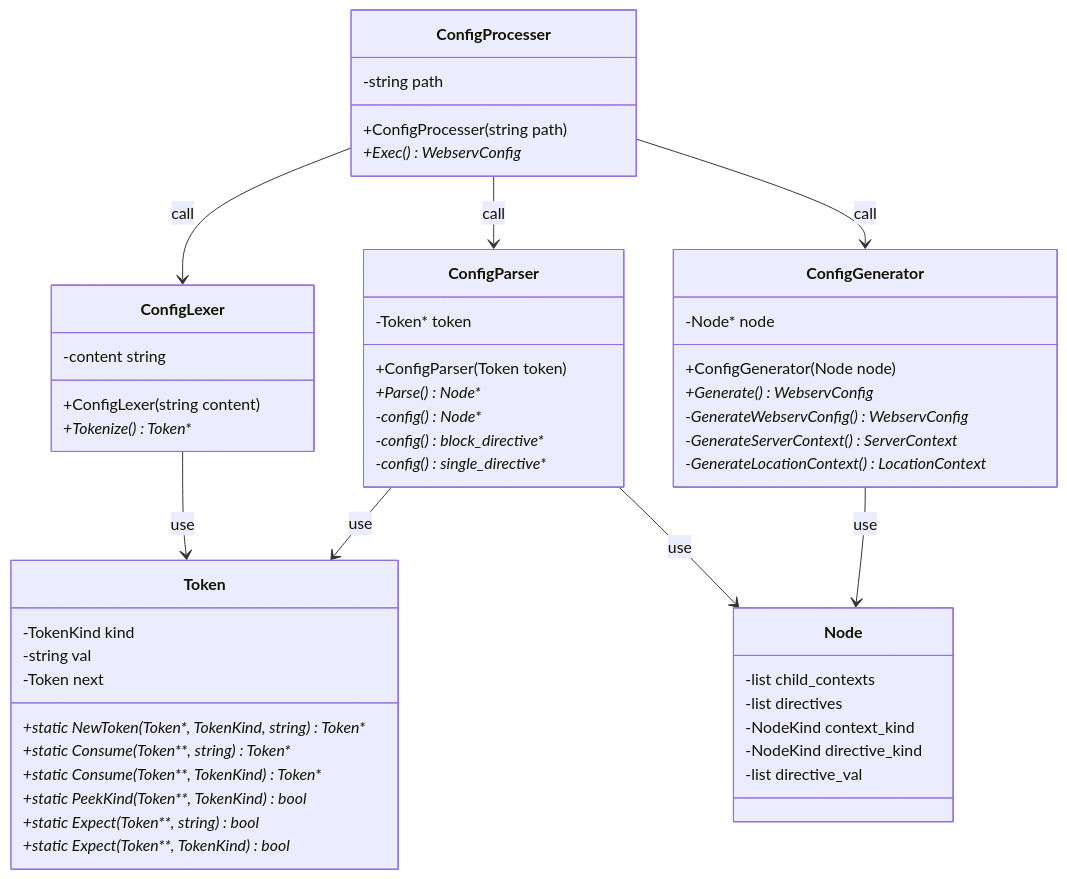
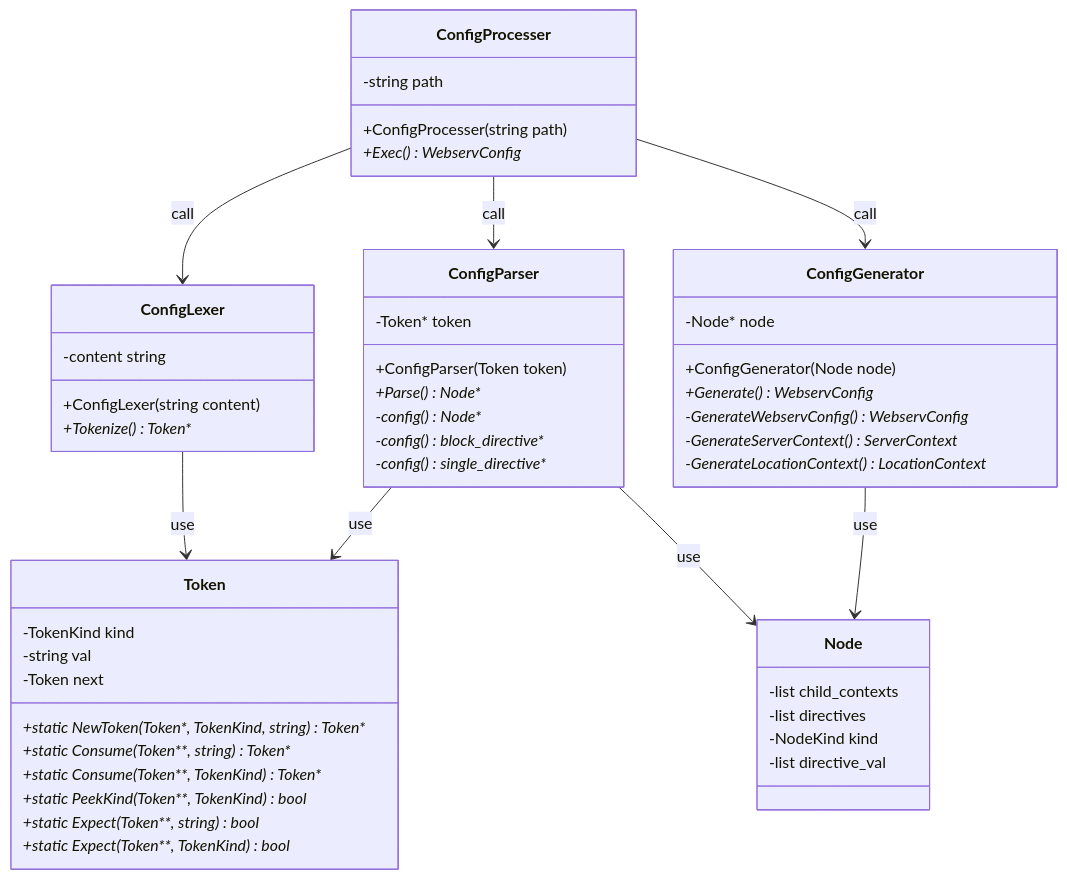
The diagram in docs/class/config_parser_class.md (katataku/webserv), drawn with Mermaid before and after one commit. The commit also changed other lines of this file, not shown here.

````diff
--- a/docs/class/config_parser_class.md
+++ b/docs/class/config_parser_class.md
@@ -1,66 +1,65 @@
 ```mermaid
 classDiagram
     ConfigProcesser --> ConfigLexer : call
     ConfigProcesser --> ConfigParser : call
     ConfigProcesser --> ConfigGenerator : call
     ConfigLexer --> Token : use
     ConfigParser --> Token : use
     ConfigParser --> Node : use
     ConfigGenerator --> Node : use
 
     %% configファイルを解釈してWebservConfigを作成するところまでを担当 %%
     class ConfigProcesser {
       +ConfigProcesser(string path)
       +Exec()* WebservConfig
       -string path
     }
 
     %% configファイルの内容を字句解析するところまでを担当 %%
     class ConfigLexer {
       +ConfigLexer(string content)
       +Tokenize()* Token*
       -content string
     }
 
     %% 軸解析後のトークンを構文解析するところまでを担当 %%
     class ConfigParser {
       +ConfigParser(Token token)
       +Parse()* Node*
       -config()* Node*
       -config()* block_directive*
       -config()* single_directive*
       -Token* token
     }
 
     %% 構文解析後のノードを元にWebservConfigを作成するところまでを担当 %%
     class ConfigGenerator {
       +ConfigGenerator(Node node)
       +Generate()* WebservConfig
       -GenerateWebservConfig()* WebservConfig
       -GenerateServerContext()* ServerContext
       -GenerateLocationContext()* LocationContext
       -Node* node
     }
 
     %% 字句解析後のトークンを表すクラス %%
     class Token {
         +static NewToken(Token*, TokenKind, string)* Token*
         +static Consume(Token**, string)* Token*
         +static Consume(Token**, TokenKind)* Token*
         +static PeekKind(Token**, TokenKind)* bool
         +static Expect(Token**, string)* bool
         +static Expect(Token**, TokenKind)* bool
         -TokenKind kind
-        -string val
-        -Token next
+        -string    val
+        -Token     next
     }
 
     %% 構文解析後のノードを表すクラス %%
     class Node {
       -list<Node>   child_contexts
       -list<Node>   directives
-      -NodeKind     context_kind
-      -NodeKind     directive_kind
+      -NodeKind     kind
       -list<string> directive_val
     }
 ```
````
